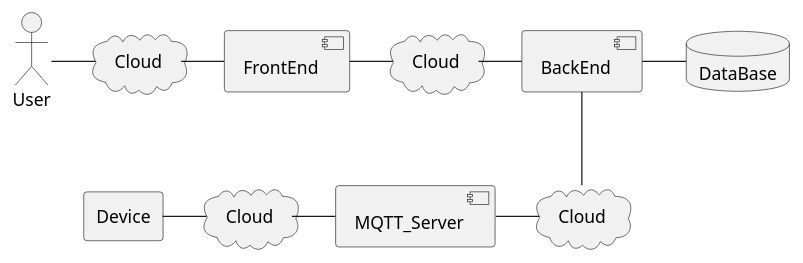
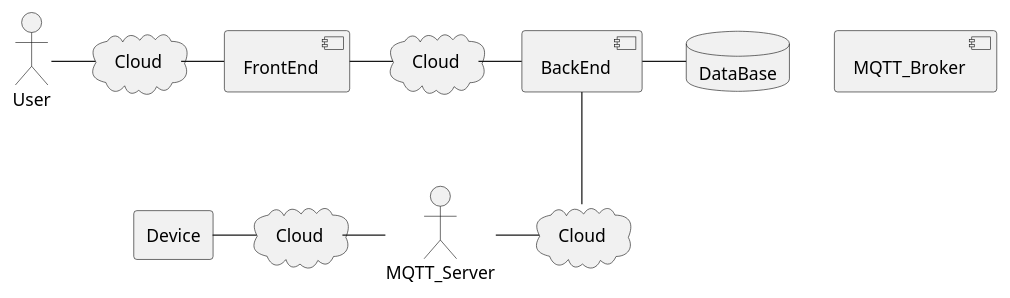
One commit to hectorgastaminza/Iot changed the diagram in comiot/Diagrams/DGeneralDescription.puml. Above: the diagram before and after it, drawn with PlantUML. The commit also changed 2 other files, not shown here.

```diff
--- a/comiot/Diagrams/DGeneralDescription.puml
+++ b/comiot/Diagrams/DGeneralDescription.puml
@@ -1,22 +1,22 @@
 @startuml
 actor User
 component FrontEnd
 component BackEnd
-component MQTT_Server
+component MQTT_Broker
 database DataBase
 cloud Cloud as C1
 cloud Cloud as C2
 cloud Cloud as C3
 cloud Cloud as C4
 agent Device
 
 User -right- C1
 C1 -right- FrontEnd
 FrontEnd -right- C2
 C2 -right- BackEnd  
 BackEnd -right- DataBase
 BackEnd -down- C3
 C3 -left- MQTT_Server
 MQTT_Server -left- C4
 C4 -left- Device
 @enduml
```
